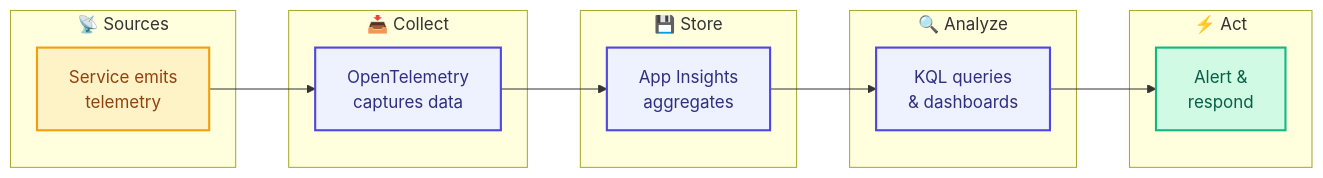
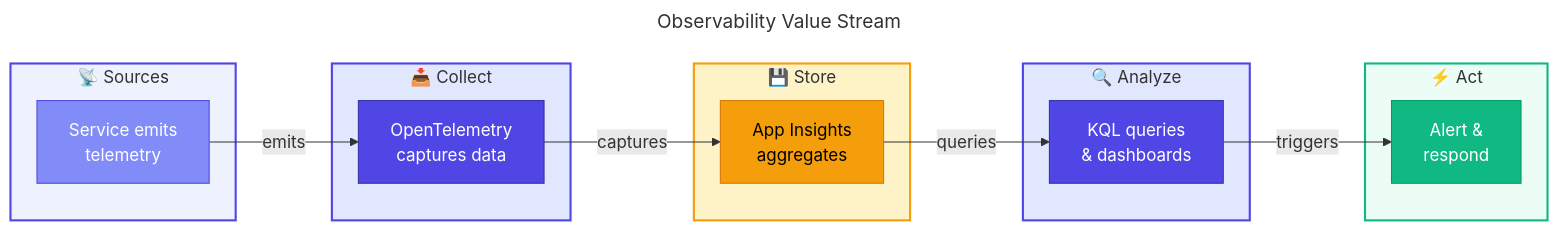
The third of 4 diagrams in docs/architecture/01-business-architecture.md (Evilazaro/Azure-LogicApps-Monitoring), drawn with Mermaid before and after one commit. The commit also changed other lines of this file, not shown here.

Commit message:
docs: Enhance mermaid diagrams with titles and improved styling for better clarity and organization

````diff
--- a/docs/architecture/01-business-architecture.md
+++ b/docs/architecture/01-business-architecture.md
@@ -180,34 +218,56 @@
 ```mermaid
+---
+title: Observability Value Stream
+---
 flowchart LR
-    %% Observability Value Stream - Telemetry collection and analysis flow
+    %% ===== CLASS DEFINITIONS =====
+    classDef primary fill:#4F46E5,stroke:#3730A3,color:#FFFFFF
+    classDef secondary fill:#10B981,stroke:#059669,color:#FFFFFF
+    classDef datastore fill:#F59E0B,stroke:#D97706,color:#000000
+    classDef external fill:#6B7280,stroke:#4B5563,color:#FFFFFF,stroke-dasharray: 5 5
+    classDef failed fill:#F44336,stroke:#C62828,color:#FFFFFF
+    classDef trigger fill:#818CF8,stroke:#4F46E5,color:#FFFFFF
+    classDef decision fill:#FFFBEB,stroke:#F59E0B,color:#000000
+    classDef input fill:#F3F4F6,stroke:#6B7280,color:#000000
+
+    %% ===== SOURCES STAGE =====
     subgraph Sources["📡 Sources"]
         A1["Service emits<br/>telemetry"]
     end
 
+    %% ===== COLLECT STAGE =====
     subgraph Collect["📥 Collect"]
         B1["OpenTelemetry<br/>captures data"]
     end
 
+    %% ===== STORE STAGE =====
     subgraph Store["💾 Store"]
         C1["App Insights<br/>aggregates"]
     end
 
+    %% ===== ANALYZE STAGE =====
     subgraph Analyze["🔍 Analyze"]
         D1["KQL queries<br/>& dashboards"]
     end
 
+    %% ===== ACT STAGE =====
     subgraph Act["⚡ Act"]
         E1["Alert &<br/>respond"]
     end
 
-    A1 --> B1 --> C1 --> D1 --> E1
+    %% ===== CONNECTIONS =====
+    A1 -->|"emits"| B1 -->|"captures"| C1 -->|"queries"| D1 -->|"triggers"| E1
 
-    %% Modern color palette - WCAG AA compliant
-    classDef source fill:#FEF3C7,stroke:#F59E0B,stroke-width:2px,color:#92400E
-    classDef process fill:#EEF2FF,stroke:#4F46E5,stroke-width:2px,color:#312E81
-    classDef outcome fill:#D1FAE5,stroke:#10B981,stroke-width:2px,color:#065F46
+    %% ===== SUBGRAPH STYLES =====
+    style Sources fill:#EEF2FF,stroke:#4F46E5,stroke-width:2px
+    style Collect fill:#E0E7FF,stroke:#4F46E5,stroke-width:2px
+    style Store fill:#FEF3C7,stroke:#F59E0B,stroke-width:2px
+    style Analyze fill:#E0E7FF,stroke:#4F46E5,stroke-width:2px
+    style Act fill:#ECFDF5,stroke:#10B981,stroke-width:2px
 
-    class A1 source
-    class B1,C1,D1 process
-    class E1 outcome
+    %% ===== NODE CLASSES =====
+    class A1 trigger
+    class B1,D1 primary
+    class C1 datastore
+    class E1 secondary
 ```
````
